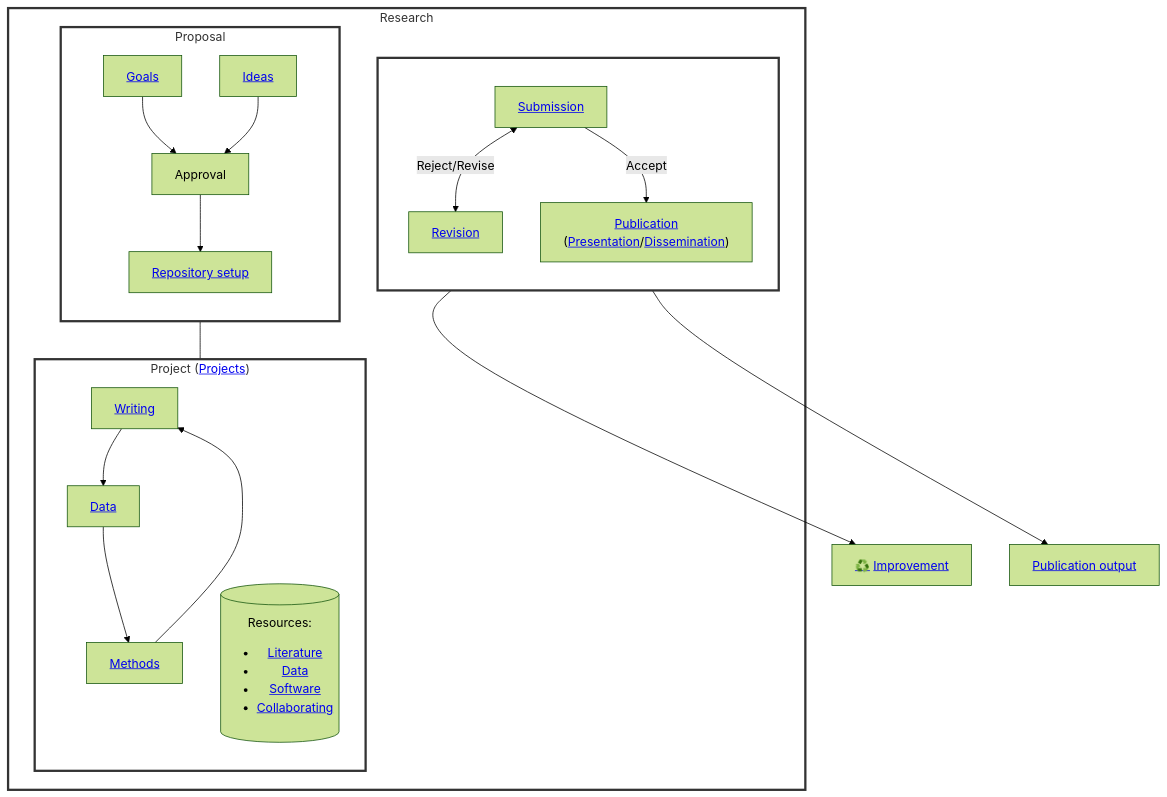
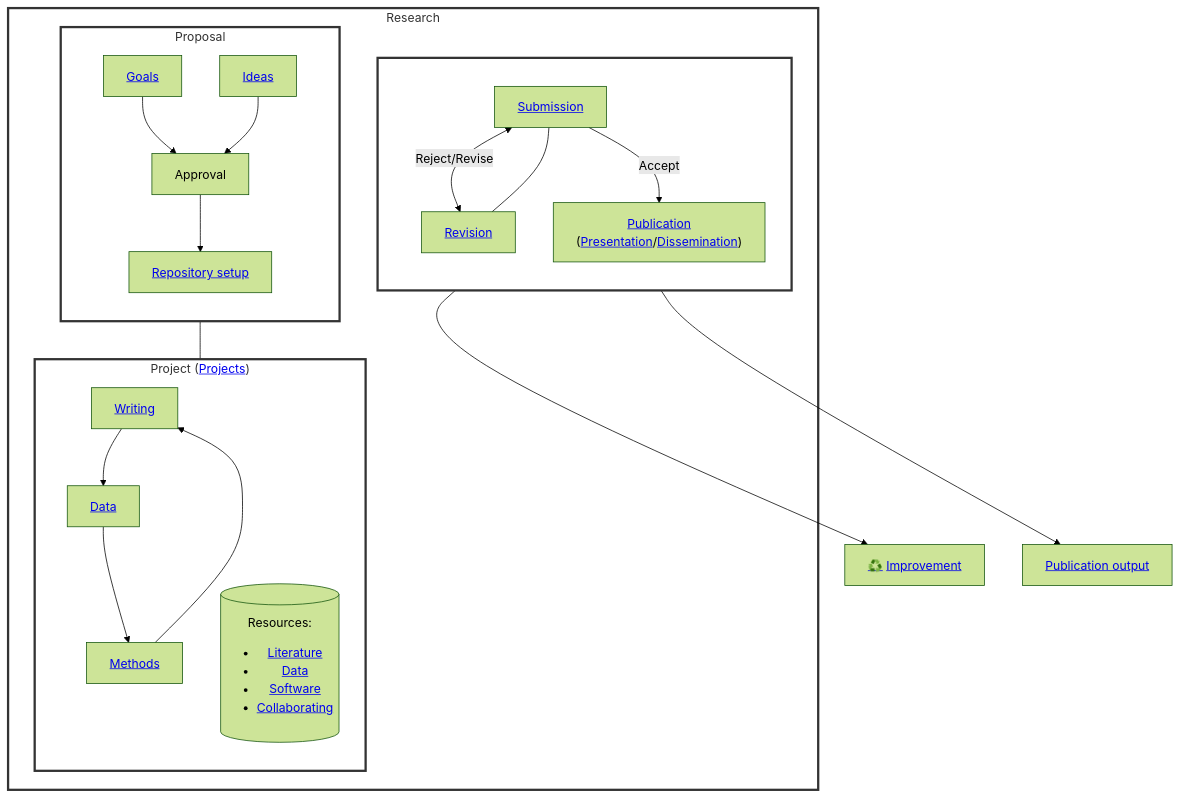
One commit to digital-work-lab/handbook changed the diagram in docs/20-research/index.md. Above: the diagram before and after it, drawn with Mermaid (forest theme).

````diff
--- a/docs/20-research/index.md
+++ b/docs/20-research/index.md
@@ -14,35 +14,36 @@
 ```mermaid
 flowchart TB
     subgraph Research
         subgraph Proposal
             direction TB
             Goals["<a href='20_processes/20.01.goals.html'>Goals</a>"] --> Approval
             Ideas["<a href='20_processes/20.09.ideas.html'>Ideas</a>"] --> Approval
             Approval --> Setup["<a href='20_processes/20.15.repo-setup.html'>Repository setup</a>"]
         end
 
         Setup --- a
         subgraph b[" "]
             direction TB
             Submission["<a href='20_processes/20.30.pre-submission.html'>Submission</a>"] <-->|Reject/Revise| Revise["<a href='20_processes/20.32.revision.html'>Revision</a>"]
+            Revise --- Submission
             Submission -->|Accept| Publication["<a href='20_processes/20.33.publication.html'>Publication</a><br>(<a href='20_processes/20.28.presentation.html'>Presentation</a>/<a href='20_processes/20.34.dissemination.html'>Dissemination</a>)"]
         end
         subgraph a["Project (<a href='25-projects.html'>Projects</a>)"]
             direction TB
             Writing["<a href='20_processes/20.29.writing.html'>Writing</a>"] --> Data
             Methods["<a href='20_processes/20.18.methods.html'>Methods</a>"] --> Writing
             Data["<a href='20_processes/20.17.data.html'>Data</a>"] --> Methods
             Resources[("Resources:<br><ul><li><a href='22-literature.html'>Literature</a></li><li><a href='23-data.html'>Data</a></li><li><a href='24-software.html'>Software</a></li><li><a href='20_processes/20.16.collaboration.html'>Collaborating</a></li></ul>")]
         end
 
     end
     Publication --> Improvement["<a href='../10-lab/10_processes/10.01.goals.html'>♻️</a> <a href='20_processes/20.35.improvement.html'>Improvement</a>"]
 
     Publication --> PublicationOutput["<a href='29-publications.html'>Publication output</a>"]
 
     style Proposal fill:white,stroke:#333,stroke-width:3px
     style Research fill:white,stroke:#333,stroke-width:3px
     style a fill:white,stroke:#333,stroke-width:3px
     style b fill:white,stroke:#333,stroke-width:3px
 
 ```
````
